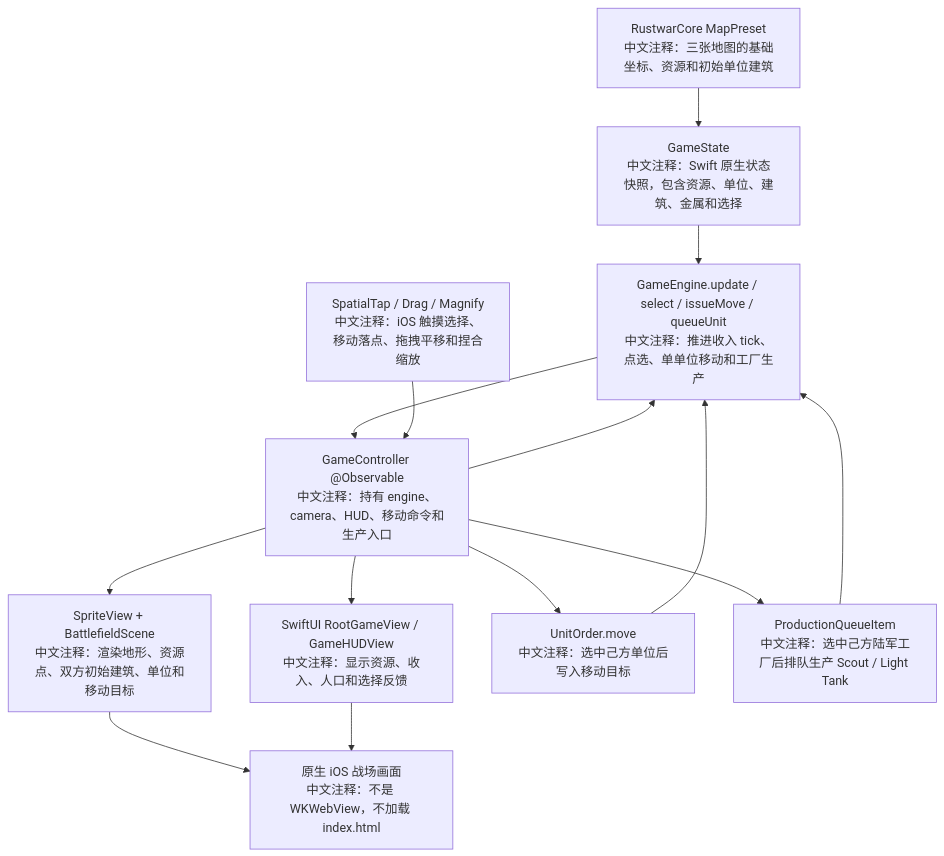
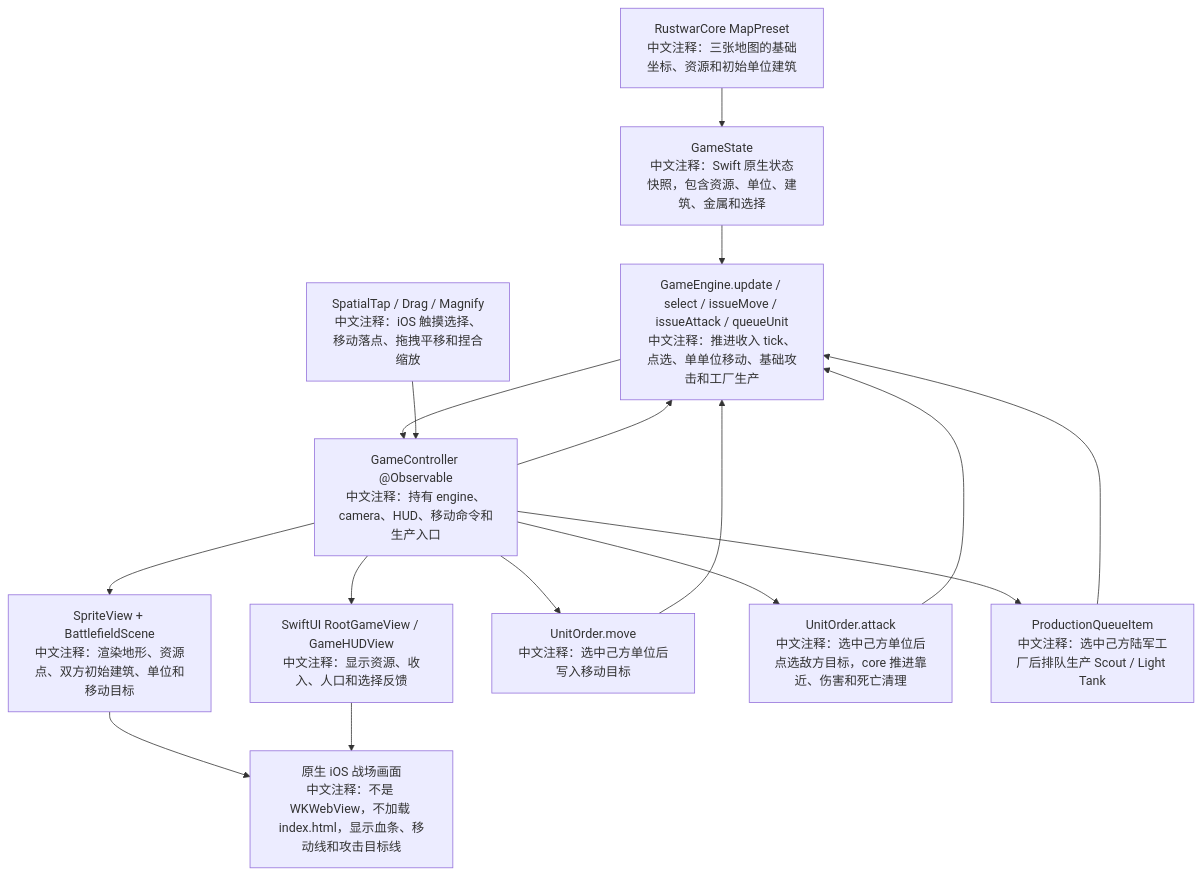
One commit to Altman-sam114/120 changed the third of 5 diagrams in md/flow/flowchart.md. Above: the diagram before and after it, drawn with Mermaid. The commit also changed 15 other files, not shown here.

````diff
--- a/md/flow/flowchart.md
+++ b/md/flow/flowchart.md
@@ -52,16 +52,18 @@
 ```mermaid
 flowchart TD
   P["RustwarCore MapPreset<br/>中文注释：三张地图的基础坐标、资源和初始单位建筑"] --> S["GameState<br/>中文注释：Swift 原生状态快照，包含资源、单位、建筑、金属和选择"]
-  S --> E["GameEngine.update / select / issueMove / queueUnit<br/>中文注释：推进收入 tick、点选、单单位移动和工厂生产"]
+  S --> E["GameEngine.update / select / issueMove / issueAttack / queueUnit<br/>中文注释：推进收入 tick、点选、单单位移动、基础攻击和工厂生产"]
   E --> C["GameController @Observable<br/>中文注释：持有 engine、camera、HUD、移动命令和生产入口"]
   C --> H["SwiftUI RootGameView / GameHUDView<br/>中文注释：显示资源、收入、人口和选择反馈"]
   C --> B["SpriteView + BattlefieldScene<br/>中文注释：渲染地形、资源点、双方初始建筑、单位和移动目标"]
   T["SpatialTap / Drag / Magnify<br/>中文注释：iOS 触摸选择、移动落点、拖拽平移和捏合缩放"] --> C
   C --> M["UnitOrder.move<br/>中文注释：选中己方单位后写入移动目标"]
   M --> E
+  C --> A["UnitOrder.attack<br/>中文注释：选中己方单位后点选敌方目标，core 推进靠近、伤害和死亡清理"]
+  A --> E
   C --> Q["ProductionQueueItem<br/>中文注释：选中己方陆军工厂后排队生产 Scout / Light Tank"]
   Q --> E
   C --> E
-  B --> O["原生 iOS 战场画面<br/>中文注释：不是 WKWebView，不加载 index.html"]
+  B --> O["原生 iOS 战场画面<br/>中文注释：不是 WKWebView，不加载 index.html，显示血条、移动线和攻击目标线"]
   H --> O
 ```
````
